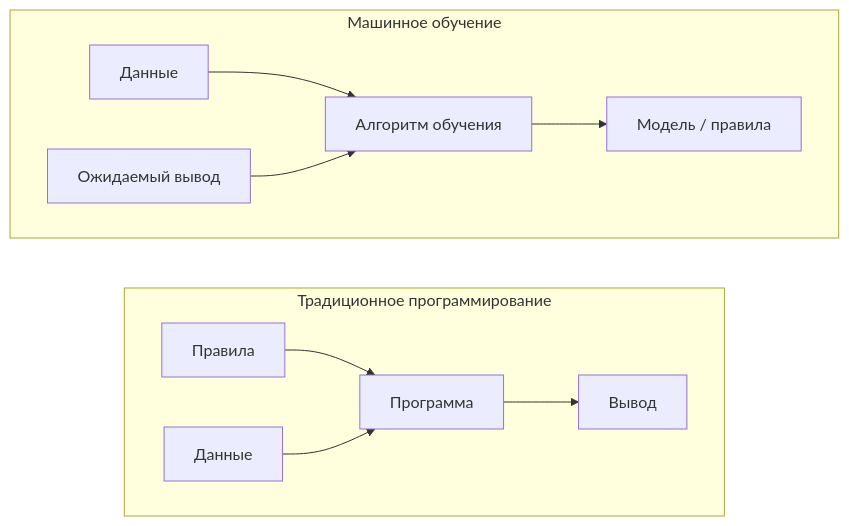
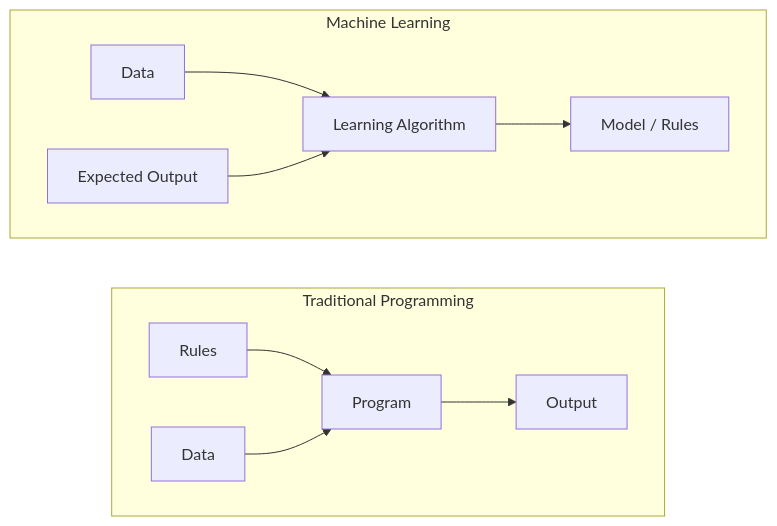
The first of 6 diagrams in phases/02-ml-fundamentals/01-what-is-machine-learning/docs/ru.md (stabuev/ai-engineering-from-scratch), drawn with Mermaid before and after one commit. The commit also changed other lines of this file and 182 other files, not shown here.

````diff
--- a/phases/02-ml-fundamentals/01-what-is-machine-learning/docs/ru.md
+++ b/phases/02-ml-fundamentals/01-what-is-machine-learning/docs/ru.md
@@ -31,16 +31,16 @@
 ```mermaid
 flowchart LR
-    subgraph Traditional["Традиционное программирование"]
+    subgraph Traditional["Traditional Programming"]
         direction LR
-        R[Правила] --> P1[Программа]
-        D1[Данные] --> P1
-        P1 --> O1[Вывод]
+        R[Rules] --> P1[Program]
+        D1[Data] --> P1
+        P1 --> O1[Output]
     end
 
-    subgraph ML["Машинное обучение"]
+    subgraph ML["Machine Learning"]
         direction LR
-        D2[Данные] --> P2[Алгоритм обучения]
-        O2[Ожидаемый вывод] --> P2
-        P2 --> M[Модель / правила]
+        D2[Data] --> P2[Learning Algorithm]
+        O2[Expected Output] --> P2
+        P2 --> M[Model / Rules]
     end
 ```
````
